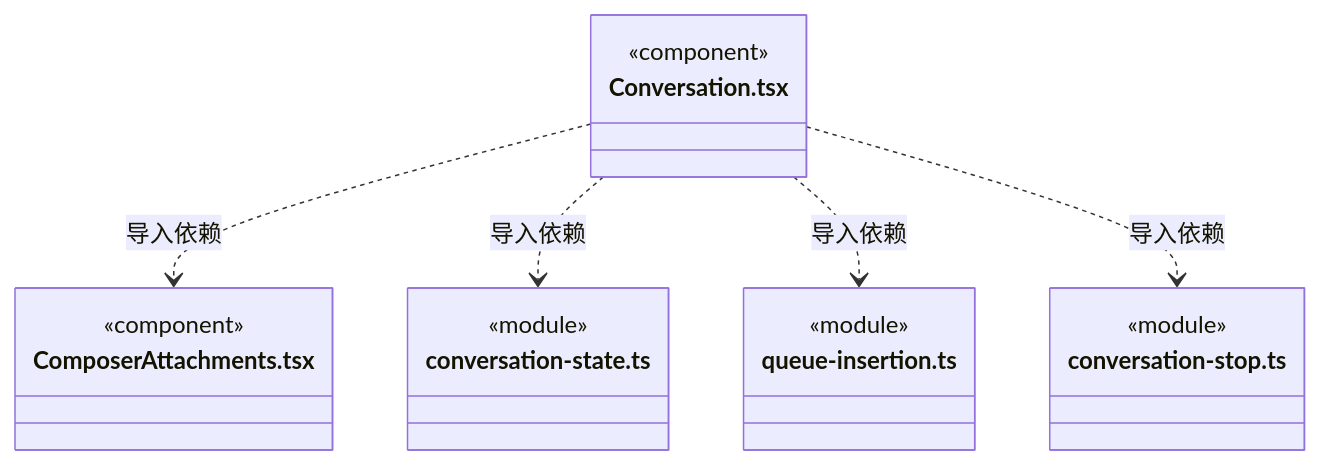
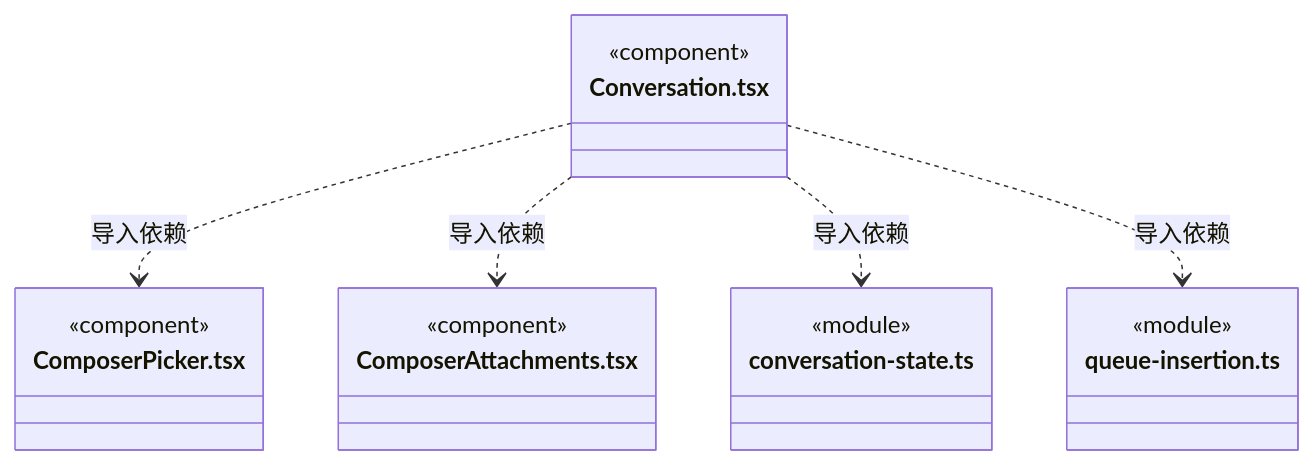
One commit to nan023062/cbim changed diagram 48 of 54 in src/frontend/conversation/ARCHITECTURE.md. Above: the diagram before and after it, drawn with Mermaid. The commit also changed other lines of this file and 23 other files, not shown here.

````diff
--- a/src/frontend/conversation/ARCHITECTURE.md
+++ b/src/frontend/conversation/ARCHITECTURE.md
@@ -680,22 +727,22 @@
 ```mermaid
 classDiagram
 class N_src_frontend_conversation_Conversation_tsx["Conversation.tsx"] {
+  <<component>>
+}
+class N_src_frontend_conversation_ComposerPicker_tsx["ComposerPicker.tsx"] {
   <<component>>
 }
 class N_src_frontend_conversation_ComposerAttachments_tsx["ComposerAttachments.tsx"] {
   <<component>>
 }
 class N_src_frontend_conversation_conversation_state_ts["conversation-state.ts"] {
   <<module>>
 }
 class N_src_frontend_conversation_queue_insertion_ts["queue-insertion.ts"] {
   <<module>>
 }
-class N_src_frontend_conversation_conversation_stop_ts["conversation-stop.ts"] {
-  <<module>>
-}
+N_src_frontend_conversation_Conversation_tsx ..> N_src_frontend_conversation_ComposerPicker_tsx : 导入依赖
 N_src_frontend_conversation_Conversation_tsx ..> N_src_frontend_conversation_ComposerAttachments_tsx : 导入依赖
 N_src_frontend_conversation_Conversation_tsx ..> N_src_frontend_conversation_conversation_state_ts : 导入依赖
 N_src_frontend_conversation_Conversation_tsx ..> N_src_frontend_conversation_queue_insertion_ts : 导入依赖
-N_src_frontend_conversation_Conversation_tsx ..> N_src_frontend_conversation_conversation_stop_ts : 导入依赖
 ```
````
